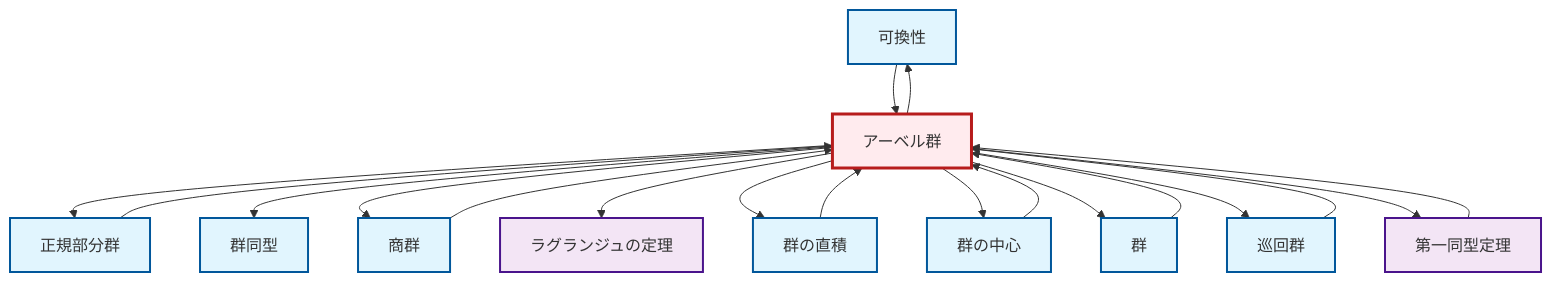
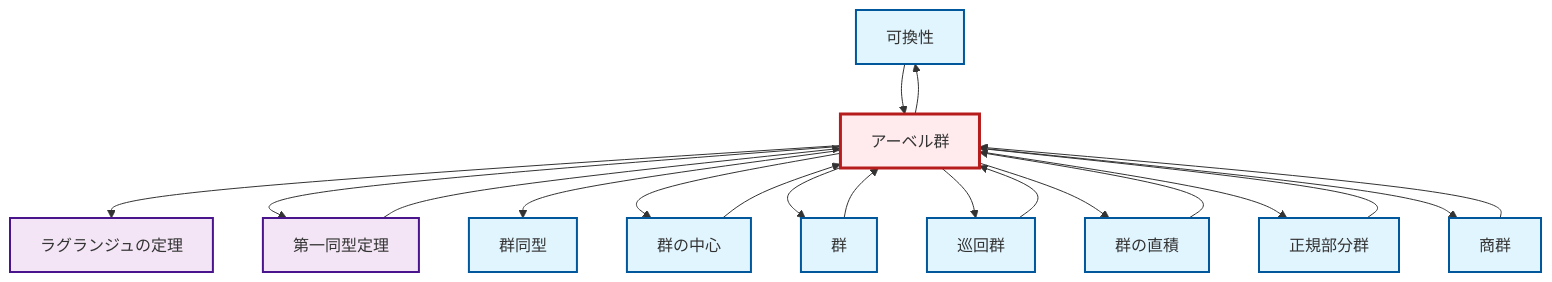
Before and after one commit to RK0429/ModernMath: the diagram in output/mermaid/ja/def-abelian-group.mermaid, drawn with Mermaid. The commit also changed other lines of this file and 1718 other files, not shown here.

```diff
--- a/output/mermaid/ja/def-abelian-group.mermaid
+++ b/output/mermaid/ja/def-abelian-group.mermaid
@@ -1,36 +1,36 @@
 graph TD
     classDef definition fill:#e1f5fe,stroke:#01579b,stroke-width:2px
     classDef theorem fill:#f3e5f5,stroke:#4a148c,stroke-width:2px
     classDef axiom fill:#fff3e0,stroke:#e65100,stroke-width:2px
     classDef example fill:#e8f5e9,stroke:#1b5e20,stroke-width:2px
     classDef current fill:#ffebee,stroke:#b71c1c,stroke-width:3px
     def-commutativity["可換性"]:::definition
     def-direct-product["群の直積"]:::definition
+    thm-first-isomorphism["第一同型定理"]:::theorem
+    def-cyclic-group["巡回群"]:::definition
     def-quotient-group["商群"]:::definition
-    def-cyclic-group["巡回群"]:::definition
+    def-group["群"]:::definition
+    def-center-of-group["群の中心"]:::definition
+    def-abelian-group["アーベル群"]:::definition
+    thm-lagrange["ラグランジュの定理"]:::theorem
     def-normal-subgroup["正規部分群"]:::definition
-    def-abelian-group["アーベル群"]:::definition
-    def-center-of-group["群の中心"]:::definition
-    thm-lagrange["ラグランジュの定理"]:::theorem
-    thm-first-isomorphism["第一同型定理"]:::theorem
     def-isomorphism["群同型"]:::definition
-    def-group["群"]:::definition
-    def-center-of-group --> def-abelian-group
-    def-abelian-group --> def-normal-subgroup
     def-abelian-group --> def-commutativity
+    def-abelian-group --> thm-lagrange
+    def-abelian-group --> thm-first-isomorphism
+    def-direct-product --> def-abelian-group
+    thm-first-isomorphism --> def-abelian-group
+    def-quotient-group --> def-abelian-group
     def-cyclic-group --> def-abelian-group
     def-normal-subgroup --> def-abelian-group
+    def-group --> def-abelian-group
+    def-commutativity --> def-abelian-group
     def-abelian-group --> def-isomorphism
-    def-commutativity --> def-abelian-group
-    def-abelian-group --> def-quotient-group
-    def-abelian-group --> thm-lagrange
-    def-abelian-group --> def-direct-product
     def-abelian-group --> def-center-of-group
     def-abelian-group --> def-group
     def-abelian-group --> def-cyclic-group
-    def-group --> def-abelian-group
-    thm-first-isomorphism --> def-abelian-group
-    def-quotient-group --> def-abelian-group
-    def-abelian-group --> thm-first-isomorphism
-    def-direct-product --> def-abelian-group
+    def-center-of-group --> def-abelian-group
+    def-abelian-group --> def-direct-product
+    def-abelian-group --> def-normal-subgroup
+    def-abelian-group --> def-quotient-group
     class def-abelian-group current
```
